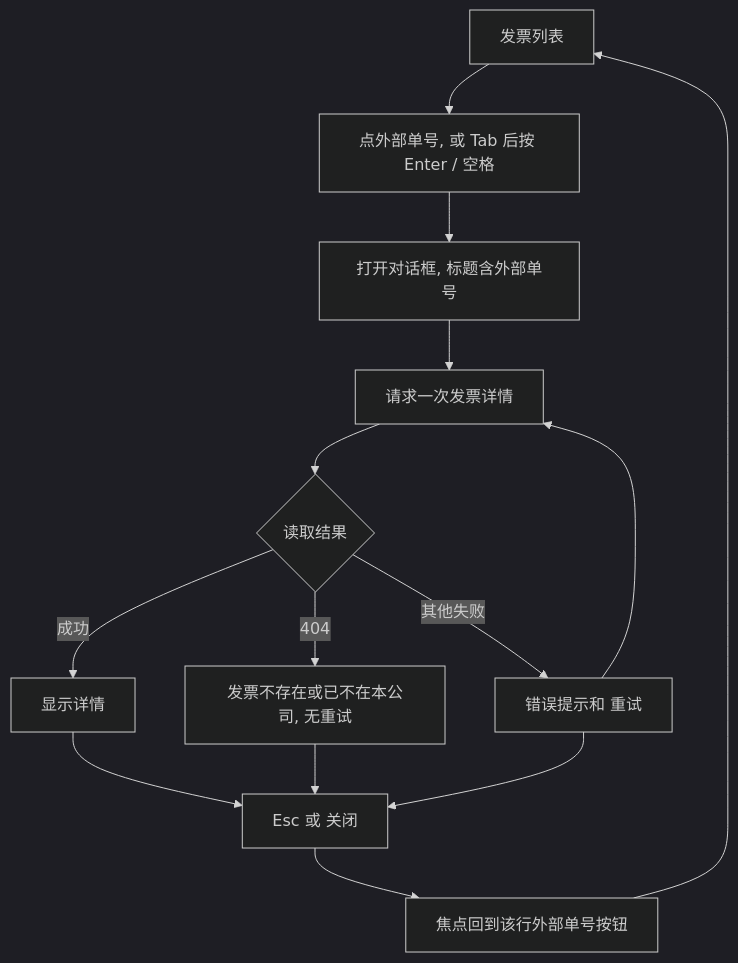
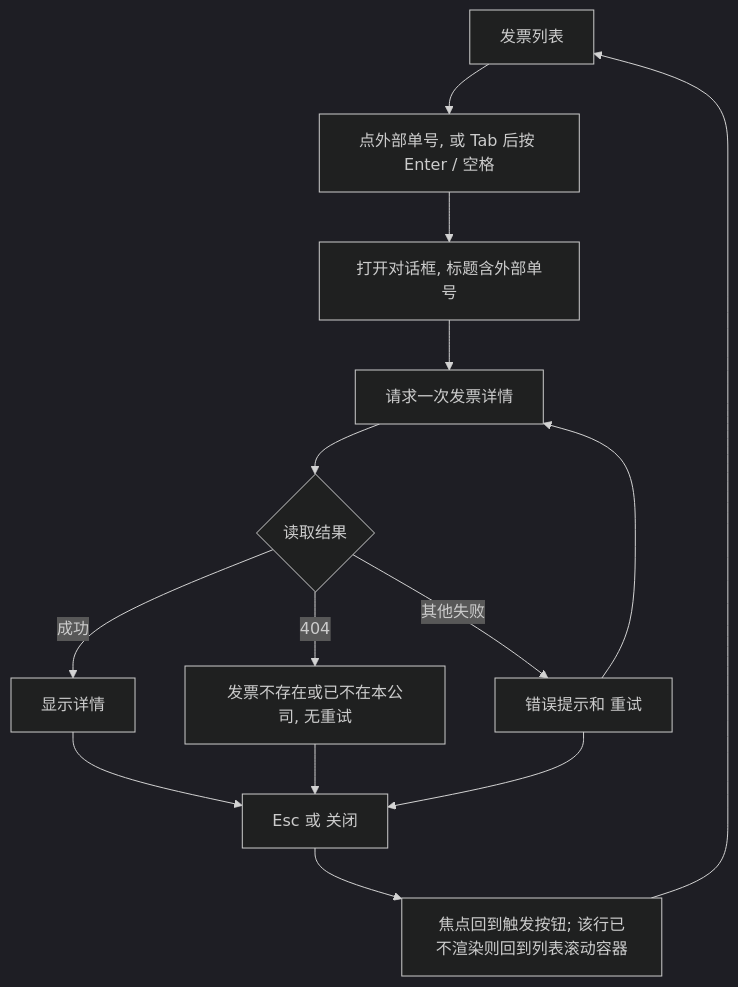
Before and after one commit to lingshf/ai-native-erp: the first of 2 diagrams in docs/flows/invoice-detail-flow.md, drawn with Mermaid (dark theme). The commit also changed other lines of this file and 3 other files, not shown here.

````diff
--- a/docs/flows/invoice-detail-flow.md
+++ b/docs/flows/invoice-detail-flow.md
@@ -7,16 +7,16 @@
 ```mermaid
 flowchart TD
   A[发票列表] --> B[点外部单号, 或 Tab 后按 Enter / 空格]
   B --> C[打开对话框, 标题含外部单号]
   C --> D[请求一次发票详情]
   D --> E{读取结果}
   E -- 成功 --> F[显示详情]
   E -- 404 --> G[发票不存在或已不在本公司, 无重试]
   E -- 其他失败 --> H[错误提示和 重试]
   H --> D
   F --> I[Esc 或 关闭]
   G --> I
   H --> I
-  I --> J[焦点回到该行外部单号按钮]
+  I --> J[焦点回到触发按钮; 该行已不渲染则回到列表滚动容器]
   J --> A
 ```
````
